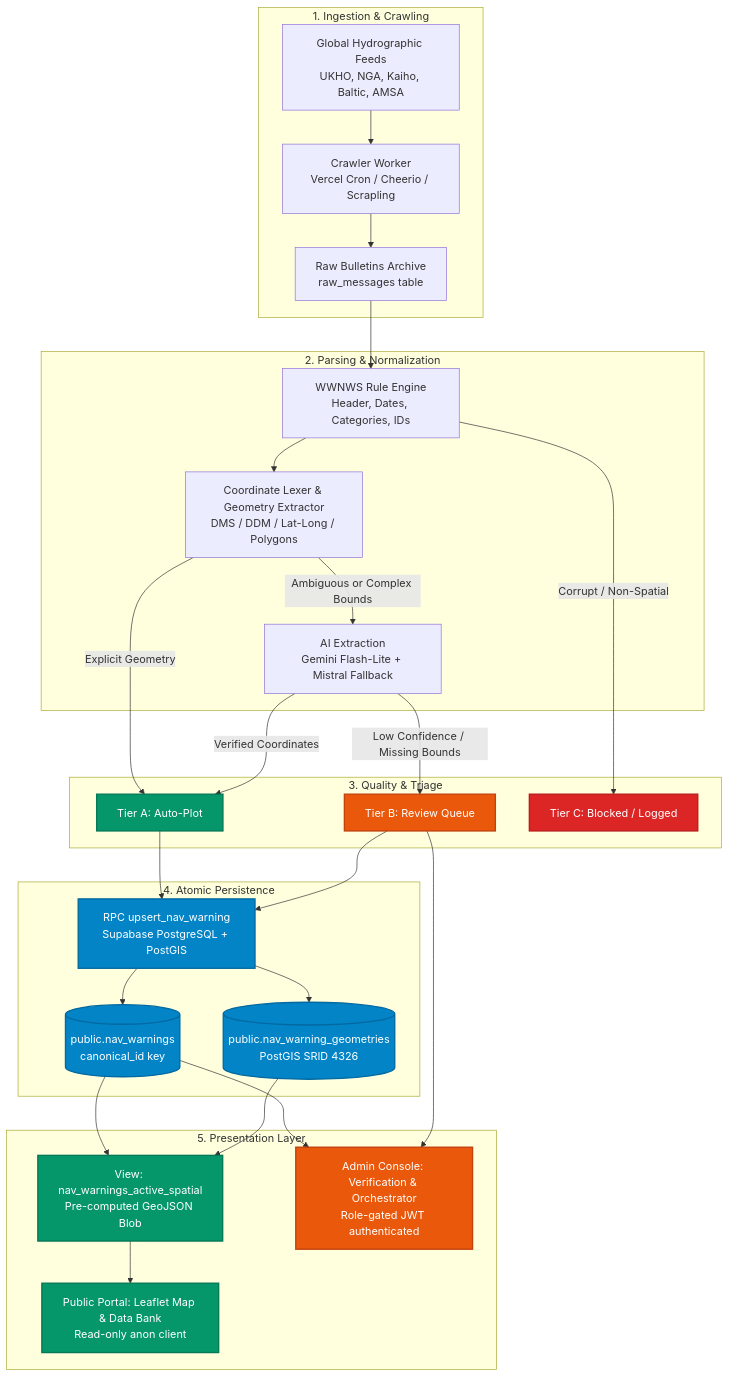
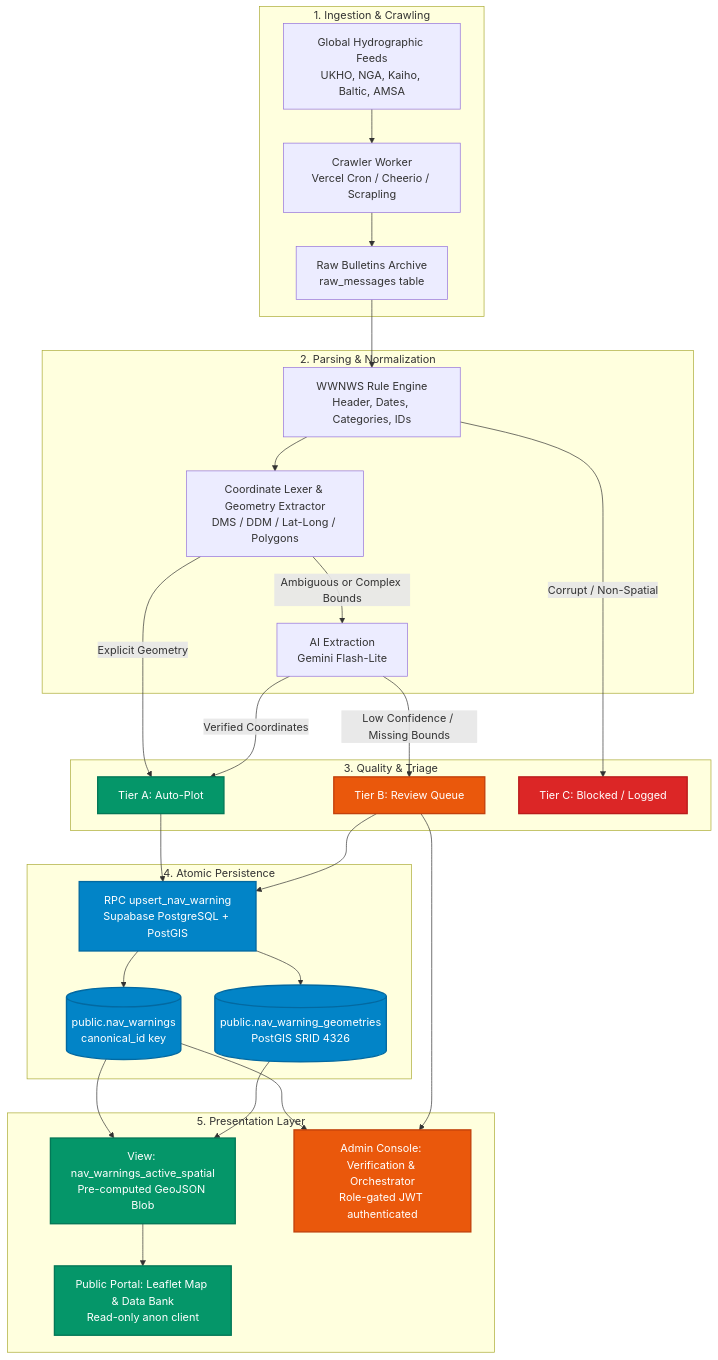
Before and after one commit to alfredpanakkal/helm.navwarning: the diagram in README.md, drawn with Mermaid. The commit also changed other lines of this file and 4 other files, not shown here.

````diff
--- a/README.md
+++ b/README.md
@@ -78,43 +78,43 @@
 ```mermaid
 flowchart TD
     subgraph INGESTION["1. Ingestion & Crawling"]
         A[Global Hydrographic Feeds<br/>UKHO, NGA, Kaiho, Baltic, AMSA] --> B[Crawler Worker<br/>Vercel Cron / Cheerio / Scrapling]
         B --> C[Raw Bulletins Archive<br/>raw_messages table]
     end
 
     subgraph PROCESSING["2. Parsing & Normalization"]
         C --> D[WWNWS Rule Engine<br/>Header, Dates, Categories, IDs]
         D --> E[Coordinate Lexer & Geometry Extractor<br/>DMS / DDM / Lat-Long / Polygons]
-        E -->|Ambiguous or Complex Bounds| F[AI Extraction<br/>Gemini Flash-Lite + Mistral Fallback]
+        E -->|Ambiguous or Complex Bounds| F[AI Extraction<br/>Gemini Flash-Lite]
     end
 
     subgraph TRIAGE["3. Quality & Triage"]
         E -->|Explicit Geometry| G[Tier A: Auto-Plot]
         F -->|Verified Coordinates| G
         F -->|Low Confidence / Missing Bounds| H[Tier B: Review Queue]
         D -->|Corrupt / Non-Spatial| I[Tier C: Blocked / Logged]
     end
 
     subgraph PERSISTENCE["4. Atomic Persistence"]
         G --> J[RPC upsert_nav_warning<br/>Supabase PostgreSQL + PostGIS]
         H --> J
         J --> K[(public.nav_warnings<br/>canonical_id key)]
         J --> L[(public.nav_warning_geometries<br/>PostGIS SRID 4326)]
     end
 
     subgraph PRESENTATION["5. Presentation Layer"]
         K & L --> M[View: nav_warnings_active_spatial<br/>Pre-computed GeoJSON Blob]
         M --> N[Public Portal: Leaflet Map & Data Bank<br/>Read-only anon client]
         K & H --> O[Admin Console: Verification & Orchestrator<br/>Role-gated JWT authenticated]
     end
 
     classDef primary fill:#0284c7,stroke:#0369a1,stroke-width:2px,color:#fff;
     classDef success fill:#059669,stroke:#047857,stroke-width:2px,color:#fff;
     classDef warning fill:#ea580c,stroke:#c2410c,stroke-width:2px,color:#fff;
     classDef danger fill:#dc2626,stroke:#b91c1c,stroke-width:2px,color:#fff;
 
     class G,M,N success;
     class H,O warning;
     class I danger;
     class J,K,L primary;
 ```
````
